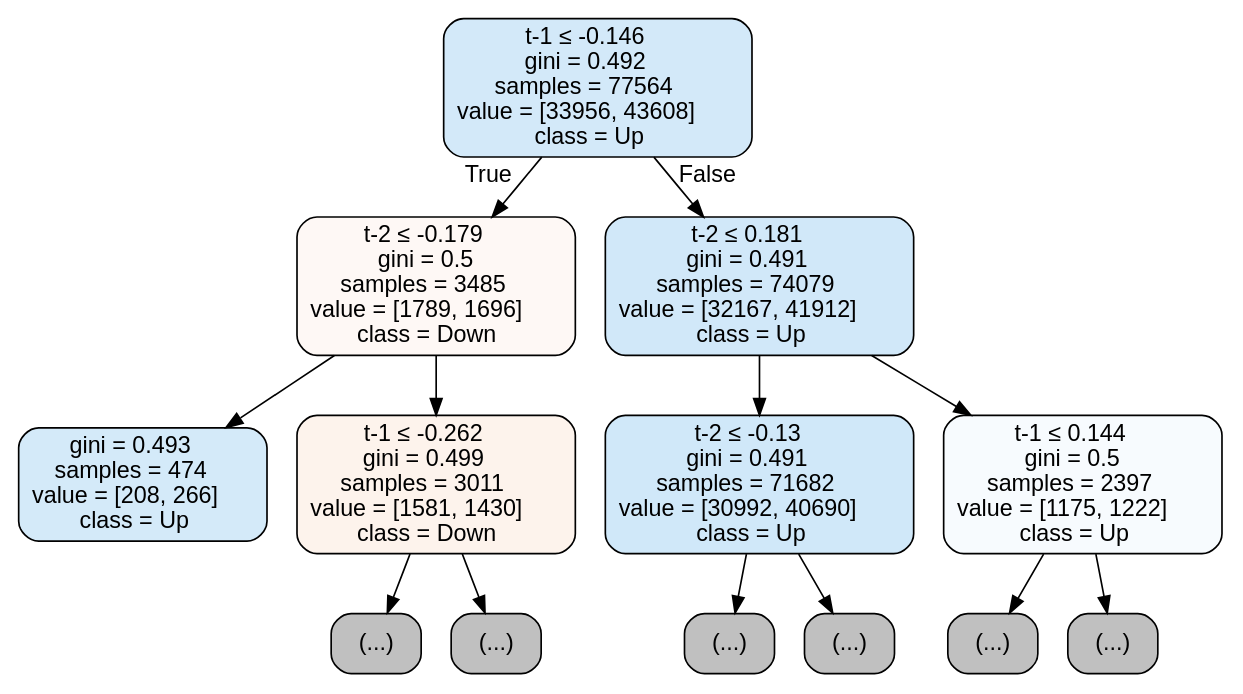
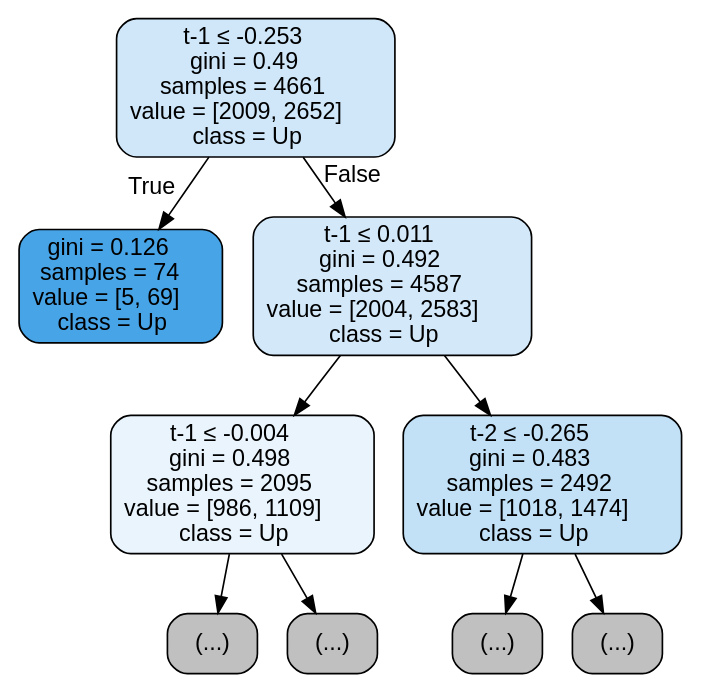
The diagram in notebooks/results/decision_trees/clf_tree_t2.dot (roboadvisor-fiuba/portfolio-predictor), drawn with Graphviz before and after one commit. The commit also changed 11 other files, not shown here.

```diff
--- a/notebooks/results/decision_trees/clf_tree_t2.dot
+++ b/notebooks/results/decision_trees/clf_tree_t2.dot
@@ -1,29 +1,21 @@
 digraph Tree {
 node [shape=box, style="filled, rounded", color="black", fontname="helvetica"] ;
 edge [fontname="helvetica"] ;
-0 [label=<t-1 &le; -0.146<br/>gini = 0.492<br/>samples = 77564<br/>value = [33956, 43608]<br/>class = Up>, fillcolor="#d3e9f9"] ;
-1 [label=<t-2 &le; -0.179<br/>gini = 0.5<br/>samples = 3485<br/>value = [1789, 1696]<br/>class = Down>, fillcolor="#fef8f5"] ;
+0 [label=<t-1 &le; -0.253<br/>gini = 0.49<br/>samples = 4661<br/>value = [2009, 2652]<br/>class = Up>, fillcolor="#cfe7f9"] ;
+1 [label=<gini = 0.126<br/>samples = 74<br/>value = [5, 69]<br/>class = Up>, fillcolor="#47a4e7"] ;
 0 -> 1 [labeldistance=2.5, labelangle=45, headlabel="True"] ;
-2 [label=<gini = 0.493<br/>samples = 474<br/>value = [208, 266]<br/>class = Up>, fillcolor="#d4eaf9"] ;
-1 -> 2 ;
-3 [label=<t-1 &le; -0.262<br/>gini = 0.499<br/>samples = 3011<br/>value = [1581, 1430]<br/>class = Down>, fillcolor="#fdf3ec"] ;
-1 -> 3 ;
+2 [label=<t-1 &le; 0.011<br/>gini = 0.492<br/>samples = 4587<br/>value = [2004, 2583]<br/>class = Up>, fillcolor="#d3e9f9"] ;
+0 -> 2 [labeldistance=2.5, labelangle=-45, headlabel="False"] ;
+3 [label=<t-1 &le; -0.004<br/>gini = 0.498<br/>samples = 2095<br/>value = [986, 1109]<br/>class = Up>, fillcolor="#e9f4fc"] ;
+2 -> 3 ;
 4 [label="(...)", fillcolor="#C0C0C0"] ;
 3 -> 4 ;
-5 [label="(...)", fillcolor="#C0C0C0"] ;
-3 -> 5 ;
-10 [label=<t-2 &le; 0.181<br/>gini = 0.491<br/>samples = 74079<br/>value = [32167, 41912]<br/>class = Up>, fillcolor="#d1e8f9"] ;
-0 -> 10 [labeldistance=2.5, labelangle=-45, headlabel="False"] ;
-11 [label=<t-2 &le; -0.13<br/>gini = 0.491<br/>samples = 71682<br/>value = [30992, 40690]<br/>class = Up>, fillcolor="#d0e8f9"] ;
+9 [label="(...)", fillcolor="#C0C0C0"] ;
+3 -> 9 ;
+10 [label=<t-2 &le; -0.265<br/>gini = 0.483<br/>samples = 2492<br/>value = [1018, 1474]<br/>class = Up>, fillcolor="#c2e1f7"] ;
+2 -> 10 ;
+11 [label="(...)", fillcolor="#C0C0C0"] ;
 10 -> 11 ;
 12 [label="(...)", fillcolor="#C0C0C0"] ;
-11 -> 12 ;
-19 [label="(...)", fillcolor="#C0C0C0"] ;
-11 -> 19 ;
-26 [label=<t-1 &le; 0.144<br/>gini = 0.5<br/>samples = 2397<br/>value = [1175, 1222]<br/>class = Up>, fillcolor="#f7fbfe"] ;
-10 -> 26 ;
-27 [label="(...)", fillcolor="#C0C0C0"] ;
-26 -> 27 ;
-32 [label="(...)", fillcolor="#C0C0C0"] ;
-26 -> 32 ;
+10 -> 12 ;
 }
```
